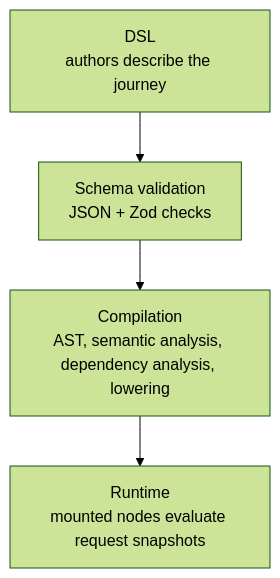
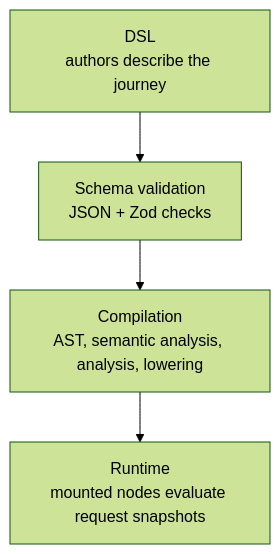
One commit to ministryofjustice/hmpps-forge changed the diagram in docs/overview.md. Above: the diagram before and after it, drawn with Mermaid (forest theme). The commit also changed other lines of this file and 118 other files, not shown here.

Commit message:
Rework analysis into one hierarchical compilation model per package

````diff
--- a/docs/overview.md
+++ b/docs/overview.md
@@ -101,8 +101,8 @@
 ```mermaid
 flowchart TD
     A["DSL<br/>authors describe the journey"]
     B["Schema validation<br/>JSON + Zod checks"]
-    C["Compilation<br/>AST, semantic analysis, dependency analysis, lowering"]
+    C["Compilation<br/>AST, semantic analysis, analysis, lowering"]
     D["Runtime<br/>mounted nodes evaluate request snapshots"]
     A --> B --> C --> D
 ```
````
